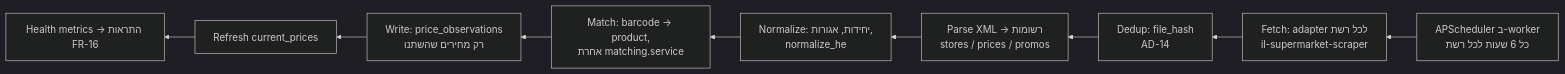
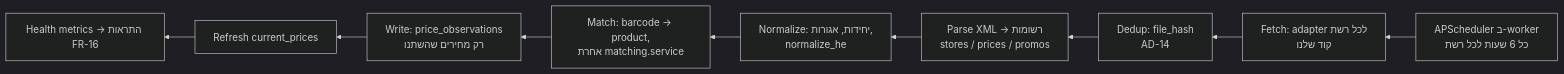
One commit to deb6754006/CartWise changed the fourth of 6 diagrams in docs/planning-artifacts/architecture/architecture-CartWise-2026-10-26/architecture.md. Above: the diagram before and after it, drawn with Mermaid (dark theme). The commit also changed other lines of this file and 2 other files, not shown here.

````diff
--- a/docs/planning-artifacts/architecture/architecture-CartWise-2026-10-26/architecture.md
+++ b/docs/planning-artifacts/architecture/architecture-CartWise-2026-10-26/architecture.md
@@ -226,11 +226,11 @@
 ```mermaid
 graph RL
-  s[APScheduler ב-worker<br/>כל 6 שעות לכל רשת] --> f1[Fetch: adapter לכל רשת<br/>il-supermarket-scraper]
+  s[APScheduler ב-worker<br/>כל 6 שעות לכל רשת] --> f1[Fetch: adapter לכל רשת<br/>קוד שלנו]
   f1 --> f2[Dedup: file_hash<br/>AD-14]
   f2 --> f3[Parse XML → רשומות<br/>stores / prices / promos]
   f3 --> f4[Normalize: יחידות, אגורות,<br/>normalize_he]
   f4 --> f5[Match: barcode → product,<br/>אחרת matching.service]
   f5 --> f6[Write: price_observations<br/>רק מחירים שהשתנו]
   f6 --> f7[Refresh current_prices]
   f7 --> f8[Health metrics → התראות FR-16]
 ```
````
